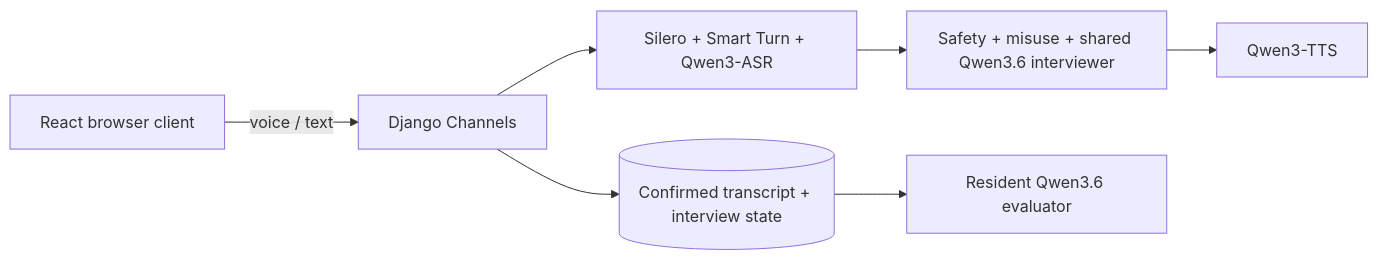
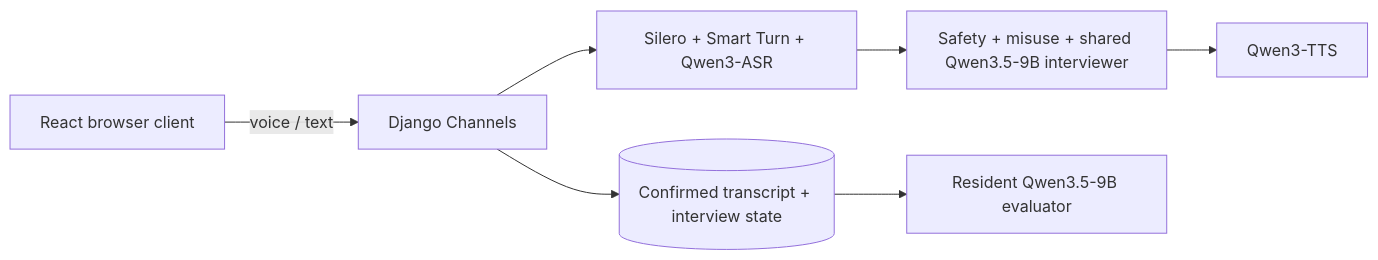
One commit to jaredturck/AI-interview changed the diagram in README.md. Above: the diagram before and after it, drawn with Mermaid. The commit also changed other lines of this file and 16 other files, not shown here.

Commit message:
Replace the oversized Qwen3.6-27B shared model with Qwen3.5-9B INT8 on a single GPU and simplify evaluation generation for reliable end-to-end completion. Reduce evaluator batching and output limits, disable hidden thinking during evaluation, and add clear progress/result logging.

````diff
--- a/README.md
+++ b/README.md
@@ -7,9 +7,9 @@
 ```mermaid
 flowchart LR
     Browser[React browser client] -->|voice / text| Channels[Django Channels]
     Channels --> Voice[Silero + Smart Turn + Qwen3-ASR]
-    Voice --> Policy[Safety + misuse + shared Qwen3.6 interviewer]
+    Voice --> Policy[Safety + misuse + shared Qwen3.5-9B interviewer]
     Policy --> TTS[Qwen3-TTS]
     Channels --> DB[(Confirmed transcript + interview state)]
-    DB --> Eval[Resident Qwen3.6 evaluator]
+    DB --> Eval[Resident Qwen3.5-9B evaluator]
 ```
````
